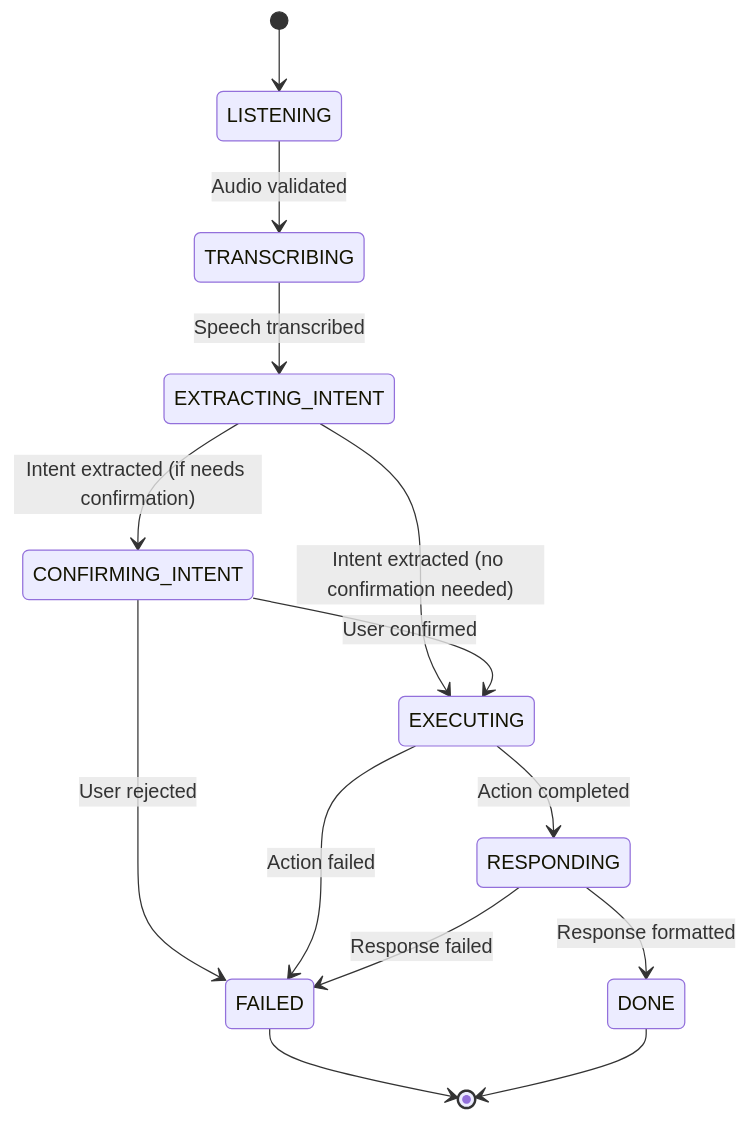
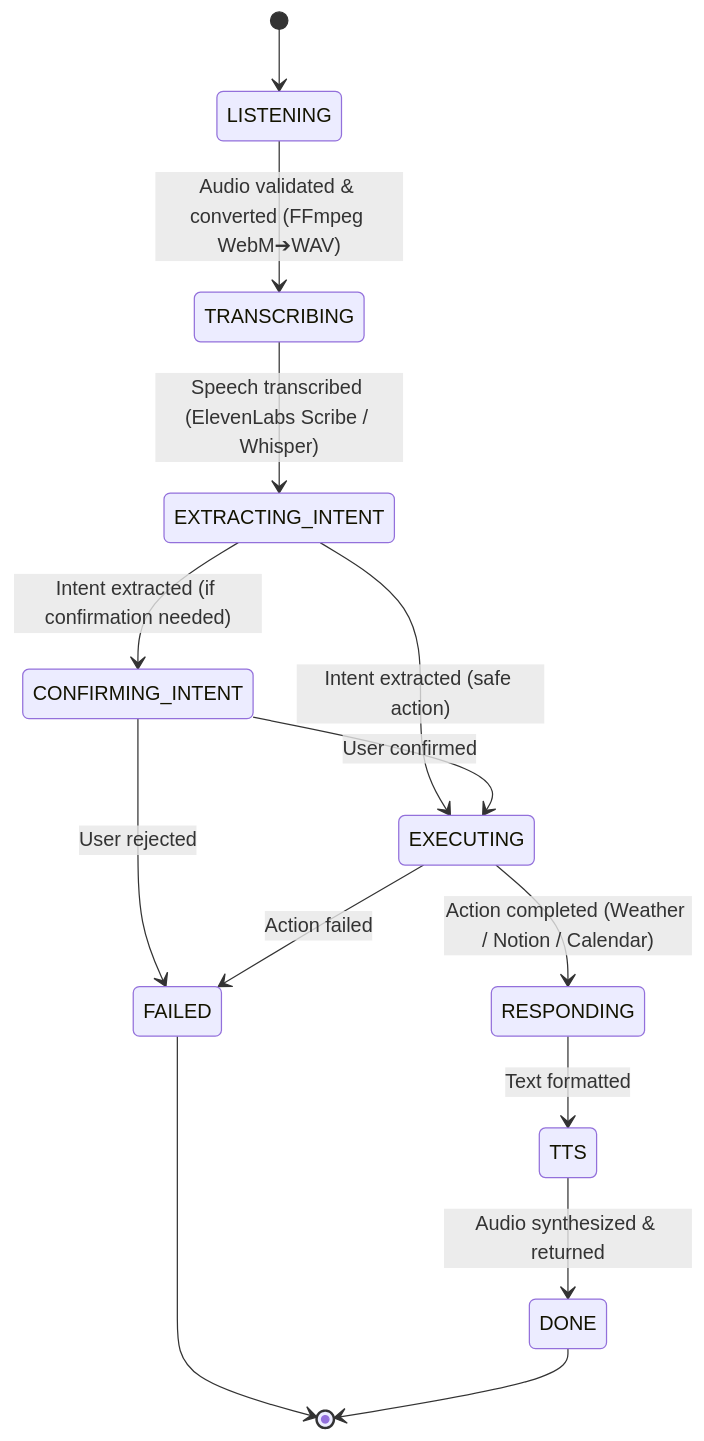
One commit to LuckyRathee/ULTORN-v1 changed the diagram in README.md. Above: the diagram before and after it, drawn with Mermaid. The commit also changed other lines of this file, not shown here.

````diff
--- a/README.md
+++ b/README.md
@@ -7,16 +43,16 @@
 ```mermaid
 stateDiagram-v2
     [*] --> LISTENING
-    LISTENING --> TRANSCRIBING: Audio validated
-    TRANSCRIBING --> EXTRACTING_INTENT: Speech transcribed
-    EXTRACTING_INTENT --> CONFIRMING_INTENT: Intent extracted (if needs confirmation)
-    EXTRACTING_INTENT --> EXECUTING: Intent extracted (no confirmation needed)
+    LISTENING --> TRANSCRIBING: Audio validated & converted (FFmpeg WebM➔WAV)
+    TRANSCRIBING --> EXTRACTING_INTENT: Speech transcribed (ElevenLabs Scribe / Whisper)
+    EXTRACTING_INTENT --> CONFIRMING_INTENT: Intent extracted (if confirmation needed)
+    EXTRACTING_INTENT --> EXECUTING: Intent extracted (safe action)
     CONFIRMING_INTENT --> EXECUTING: User confirmed
     CONFIRMING_INTENT --> FAILED: User rejected
-    EXECUTING --> RESPONDING: Action completed
+    EXECUTING --> RESPONDING: Action completed (Weather / Notion / Calendar)
     EXECUTING --> FAILED: Action failed
-    RESPONDING --> DONE: Response formatted
-    RESPONDING --> FAILED: Response failed
+    RESPONDING --> TTS: Text formatted
+    TTS --> DONE: Audio synthesized & returned
     FAILED --> [*]
     DONE --> [*]
 ```
````
